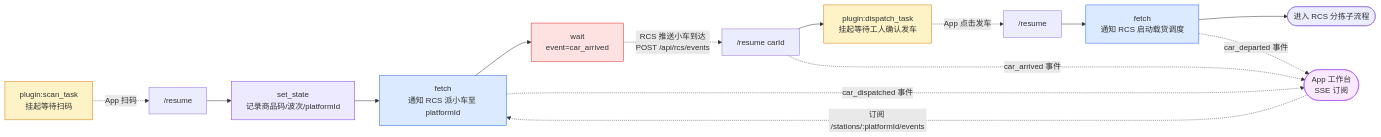
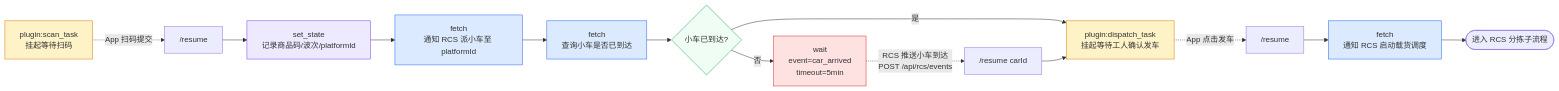
Before and after one commit to junqing258/ses-flow: the second of 5 diagrams in docs/plans/warehouse-sorting-scenario-plan.md, drawn with Mermaid. The commit also changed other lines of this file, not shown here.

````diff
--- a/docs/plans/warehouse-sorting-scenario-plan.md
+++ b/docs/plans/warehouse-sorting-scenario-plan.md
@@ -116,29 +115,26 @@
 ```mermaid
 flowchart LR
-    S1[plugin:scan_task<br/>挂起等待扫码] -.App 扫码.-> S1R["/resume"]
+    S1[plugin:scan_task<br/>挂起等待扫码] -.App 扫码提交.-> S1R["/resume"]
     S1R --> S2[set_state<br/>记录商品码/波次/platformId]
     S2 --> S3[fetch<br/>通知 RCS 派小车至 platformId]
-    S3 --> S4[wait<br/>event=car_arrived]
-    S4 -.RCS 推送小车到达<br/>POST /api/rcs/events.-> S4R["/resume carId"]
-    S4R --> S5[plugin:dispatch_task<br/>挂起等待工人确认发车]
+    S3 --> S3Q[fetch<br/>查询小车是否已到达]
+    S3Q --> S4{小车已到达?}
+    S4 -- 是 --> S5[plugin:dispatch_task<br/>挂起等待工人确认发车]
+    S4 -- 否 --> S4W[wait<br/>event=car_arrived<br/>timeout=5min]
+    S4W -.RCS 推送小车到达<br/>POST /api/rcs/events.-> S4R["/resume carId"]
+    S4R --> S5
     S5 -.App 点击发车.-> S5R["/resume"]
     S5R --> S6[fetch<br/>通知 RCS 启动载货调度]
     S6 --> OUT([进入 RCS 分拣子流程])
-
-    APP(["App 工作台<br/>SSE 订阅"])
-    APP -.订阅 /stations/:platformId/events.-> S3
-    S3 -.car_dispatched 事件.-> APP
-    S4R -.car_arrived 事件.-> APP
-    S6 -.car_departed 事件.-> APP
 
     classDef plugin fill:#fef3c7,stroke:#d97706
     classDef wait fill:#fee2e2,stroke:#dc2626
     classDef fetch fill:#dbeafe,stroke:#2563eb
     classDef state fill:#ede9fe,stroke:#7c3aed
-    classDef app fill:#fae8ff,stroke:#a855f7
+    classDef cond fill:#f0fdf4,stroke:#16a34a
     class S1,S5 plugin
-    class S4 wait
-    class S3,S6 fetch
+    class S4W wait
+    class S3,S3Q,S6 fetch
     class S2 state
-    class APP app
+    class S4 cond
 ```
````
